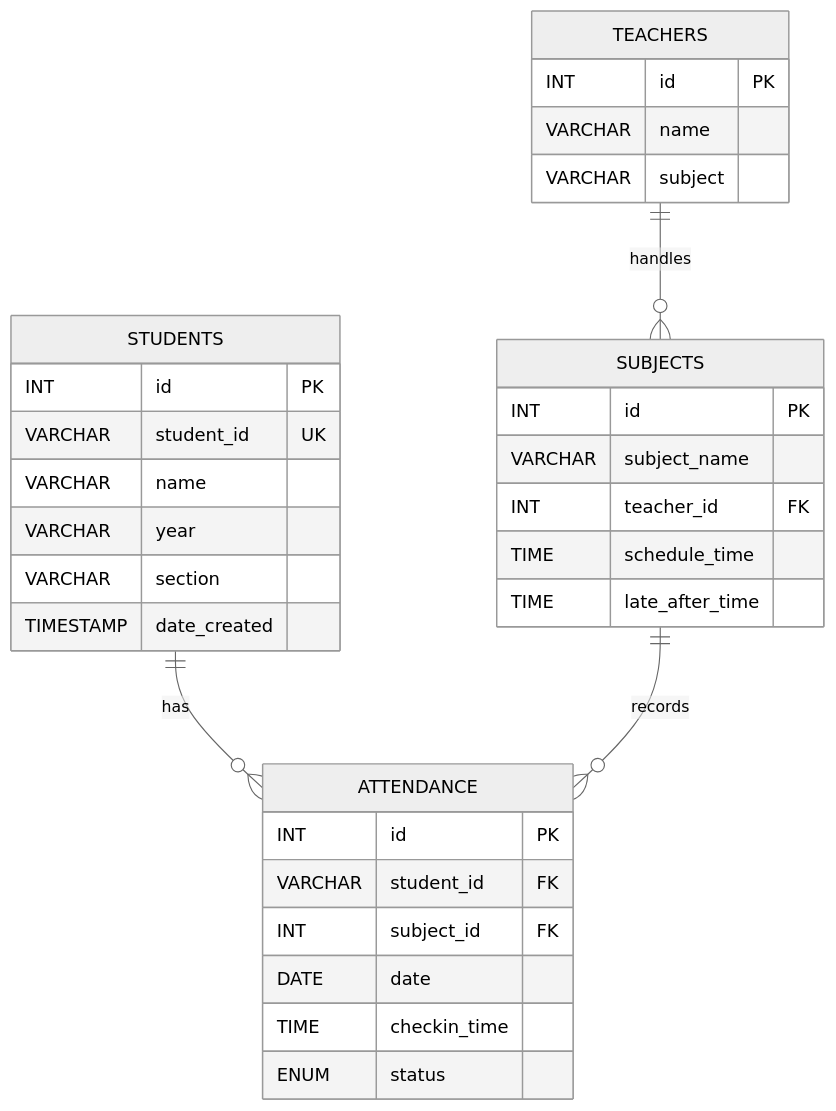
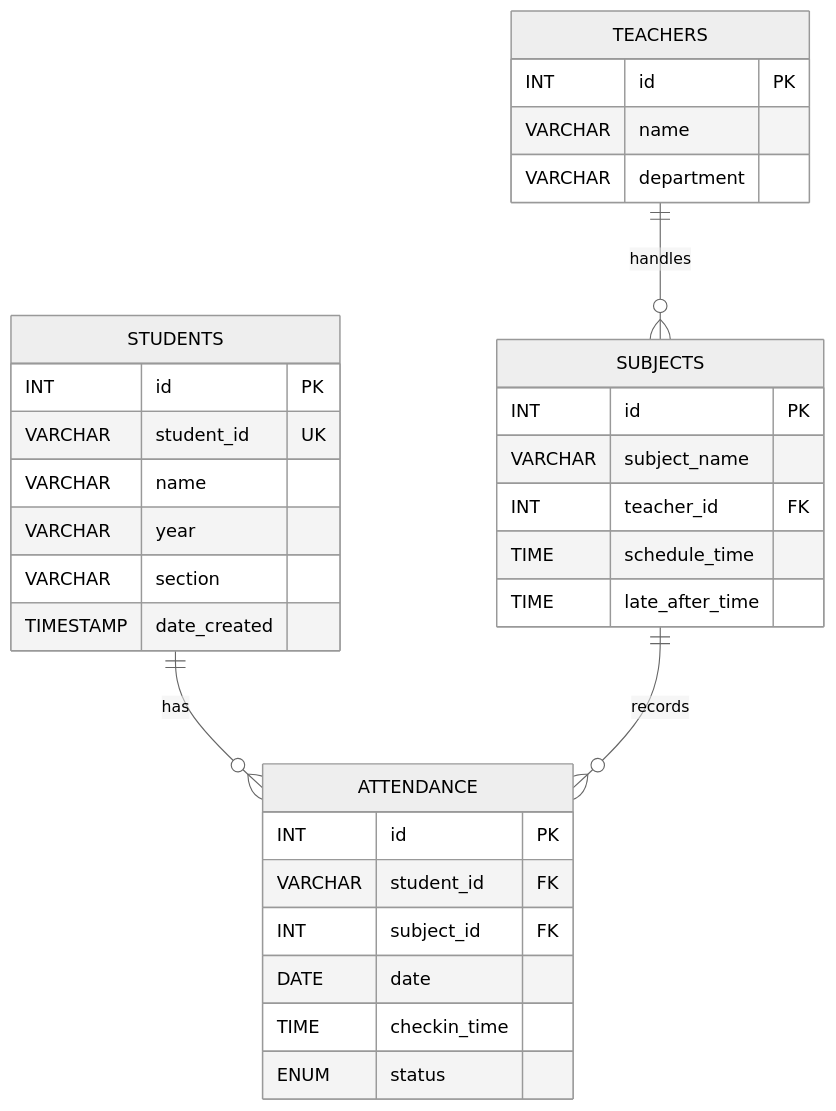
The second of 5 diagrams in README.md (OlegAngelo/student-management-system), drawn with Mermaid (neutral theme) before and after one commit. The commit also changed other lines of this file and 9 other files, not shown here.

````diff
--- a/README.md
+++ b/README.md
@@ -124,38 +124,38 @@
 ```mermaid
 erDiagram
     STUDENTS {
         INT id PK
         VARCHAR student_id UK
         VARCHAR name
         VARCHAR year
         VARCHAR section
         TIMESTAMP date_created
     }
 
     TEACHERS {
         INT id PK
         VARCHAR name
-        VARCHAR subject
+        VARCHAR department
     }
 
     SUBJECTS {
         INT id PK
         VARCHAR subject_name
         INT teacher_id FK
         TIME schedule_time
         TIME late_after_time
     }
 
     ATTENDANCE {
         INT id PK
         VARCHAR student_id FK
         INT subject_id FK
         DATE date
         TIME checkin_time
         ENUM status
     }
 
     TEACHERS ||--o{ SUBJECTS : "handles"
     STUDENTS ||--o{ ATTENDANCE : "has"
     SUBJECTS ||--o{ ATTENDANCE : "records"
 ```
````
